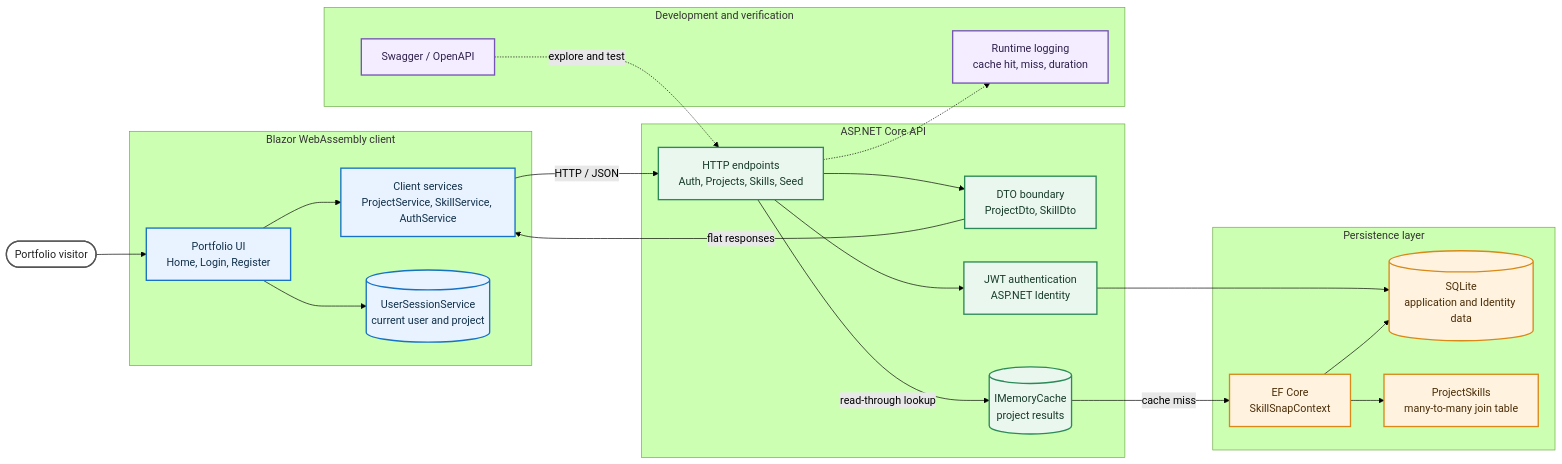
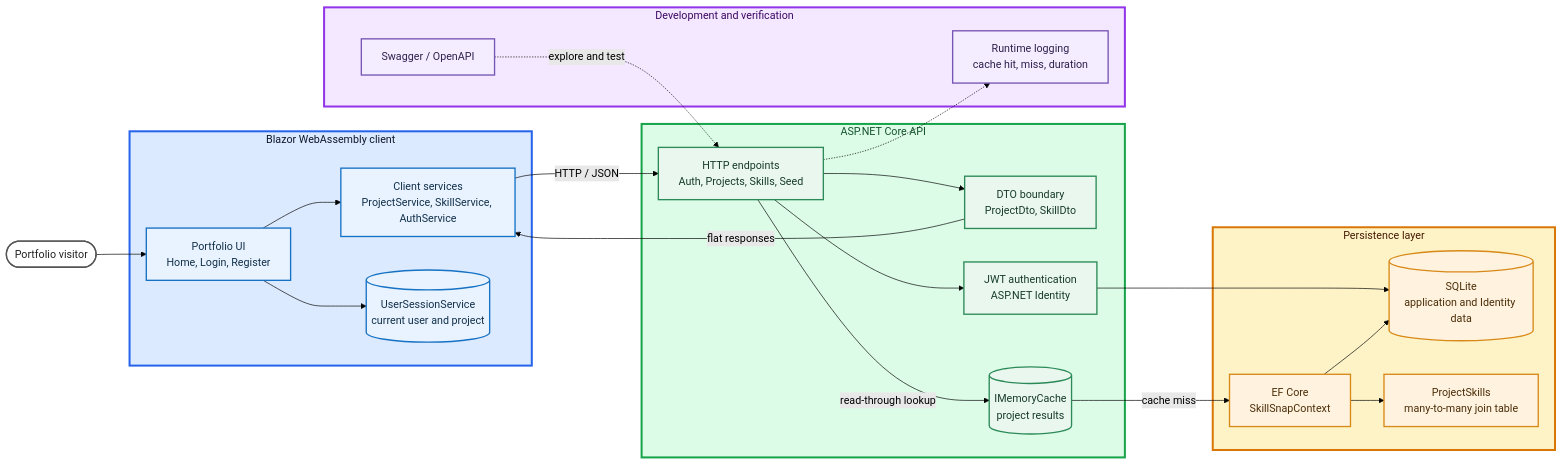
Before and after one commit to boricua007/MSFD_SkillSnap: the diagram in ARCHITECTURE.md, drawn with Mermaid (forest theme).

Commit message:
Improve architecture diagram styling
Increase Mermaid architecture diagram contrast with distinct client, API, persistence, and tooling zone colors.

````diff
--- a/ARCHITECTURE.md
+++ b/ARCHITECTURE.md
@@ -11,55 +11,60 @@
 ```mermaid
 flowchart LR
     User([Portfolio visitor])
 
     subgraph Client[Blazor WebAssembly client]
         UI[Portfolio UI<br/>Home, Login, Register]
         ClientServices[Client services<br/>ProjectService, SkillService, AuthService]
         Session[(UserSessionService<br/>current user and project)]
     end
 
     subgraph API[ASP.NET Core API]
         Routes[HTTP endpoints<br/>Auth, Projects, Skills, Seed]
         DTOs[DTO boundary<br/>ProjectDto, SkillDto]
         Cache[(IMemoryCache<br/>project results)]
         Auth[JWT authentication<br/>ASP.NET Identity]
     end
 
     subgraph Data[Persistence layer]
         EF[EF Core<br/>SkillSnapContext]
         SQLite[(SQLite<br/>application and Identity data)]
         JoinTable[ProjectSkills<br/>many-to-many join table]
     end
 
     subgraph Tooling[Development and verification]
         Swagger[Swagger / OpenAPI]
         Logs[Runtime logging<br/>cache hit, miss, duration]
     end
 
     User --> UI
     UI --> ClientServices
     UI --> Session
     ClientServices -->|HTTP / JSON| Routes
     Routes --> DTOs
     Routes -->|read-through lookup| Cache
     Cache -->|cache miss| EF
     DTOs -->|flat responses| ClientServices
     Routes --> Auth
     Auth --> SQLite
     EF --> SQLite
     EF --> JoinTable
     Swagger -.->|explore and test| Routes
     Routes -.-> Logs
 
     classDef client fill:#e8f3ff,stroke:#1672c4,stroke-width:2px,color:#12304a;
     classDef api fill:#eaf7ef,stroke:#2b8a57,stroke-width:2px,color:#173b29;
     classDef data fill:#fff3df,stroke:#d88918,stroke-width:2px,color:#4b2d08;
     classDef tool fill:#f3edff,stroke:#7755b5,stroke-width:2px,color:#30204d;
     classDef actor fill:#ffffff,stroke:#555555,stroke-width:2px,color:#222222;
 
+    style Client fill:#dbeafe,stroke:#2563eb,stroke-width:3px,color:#0f172a;
+    style API fill:#dcfce7,stroke:#16a34a,stroke-width:3px,color:#14532d;
+    style Data fill:#fef3c7,stroke:#d97706,stroke-width:3px,color:#451a03;
+    style Tooling fill:#f3e8ff,stroke:#9333ea,stroke-width:3px,color:#3b0764;
+
     class UI,ClientServices,Session client;
     class Routes,DTOs,Cache,Auth api;
     class EF,SQLite,JoinTable data;
     class Swagger,Logs tool;
     class User actor;
 ```
````
